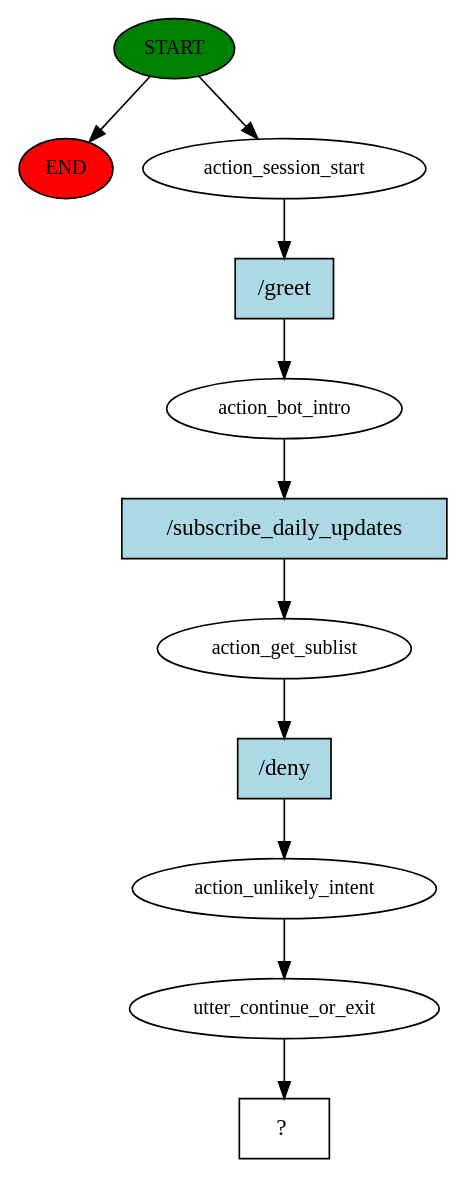
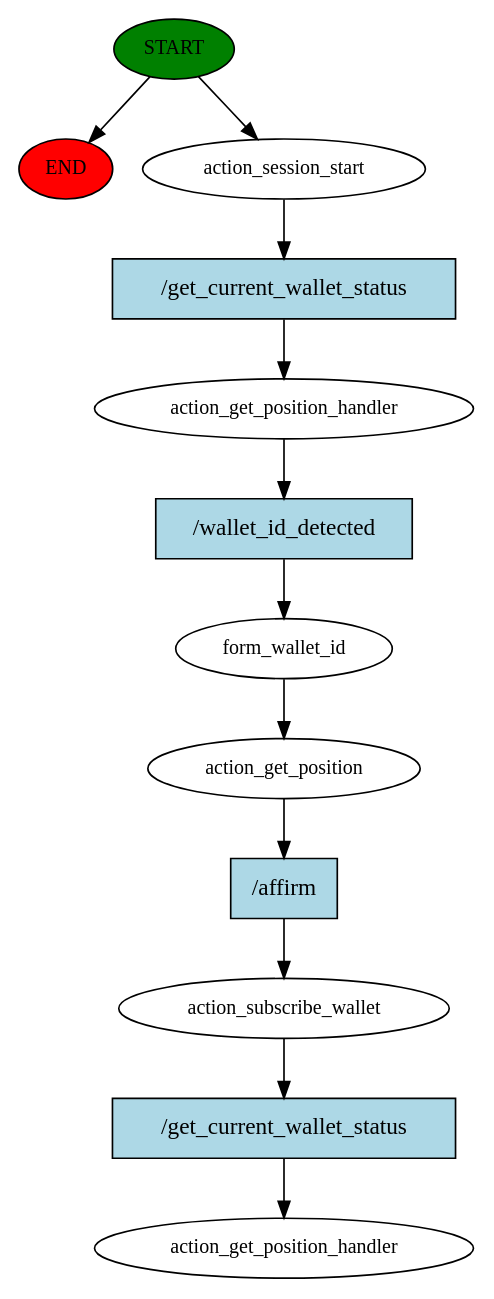
One commit to rijulizer/FraxBot changed the diagram in src/RASA/story_graph.dot. Above: the diagram before and after it, drawn with Graphviz. The commit also changed 16 other files, not shown here.

Commit message:
Added stories for current position

```diff
--- a/src/RASA/story_graph.dot
+++ b/src/RASA/story_graph.dot
@@ -1,23 +1,25 @@
 digraph  {
 0 [class="start active", fillcolor=green, fontsize=12, label=START, style=filled];
 "-1" [class=end, fillcolor=red, fontsize=12, label=END, style=filled];
 1 [class=active, fontsize=12, label=action_session_start];
-2 [class=active, fontsize=12, label=action_bot_intro];
-3 [class=active, fontsize=12, label=action_get_sublist];
-4 [class=active, fontsize=12, label=action_unlikely_intent];
-5 [class=active, fontsize=12, label=utter_continue_or_exit];
-6 [class="intent dashed active", label="  ?  ", shape=rect];
-7 [class="intent active", fillcolor=lightblue, label="/greet", shape=rect, style=filled];
-8 [class="intent active", fillcolor=lightblue, label="/subscribe_daily_updates", shape=rect, style=filled];
-9 [class="intent active", fillcolor=lightblue, label="/deny", shape=rect, style=filled];
+2 [class=active, fontsize=12, label=action_get_position_handler];
+3 [class=active, fontsize=12, label=form_wallet_id];
+4 [class=active, fontsize=12, label=action_get_position];
+5 [class=active, fontsize=12, label=action_subscribe_wallet];
+6 [class="dashed active", fontsize=12, label=action_get_position_handler];
+7 [class="intent active", fillcolor=lightblue, label="/get_current_wallet_status", shape=rect, style=filled];
+8 [class="intent active", fillcolor=lightblue, label="/wallet_id_detected", shape=rect, style=filled];
+9 [class="intent active", fillcolor=lightblue, label="/affirm", shape=rect, style=filled];
+10 [class="intent active", fillcolor=lightblue, label="/get_current_wallet_status", shape=rect, style=filled];
 0 -> "-1"  [class="", key=NONE, label=""];
 0 -> 1  [class=active, key=NONE, label=""];
 1 -> 7  [class=active, key=0];
 2 -> 8  [class=active, key=0];
-3 -> 9  [class=active, key=0];
-4 -> 5  [class=active, key=NONE, label=""];
-5 -> 6  [class=active, key=NONE, label=""];
+3 -> 4  [class=active, key=NONE, label=""];
+4 -> 9  [class=active, key=0];
+5 -> 10  [class=active, key=0];
 7 -> 2  [class=active, key=0];
 8 -> 3  [class=active, key=0];
-9 -> 4  [class=active, key=0];
+9 -> 5  [class=active, key=0];
+10 -> 6  [class=active, key=0];
 }
```
